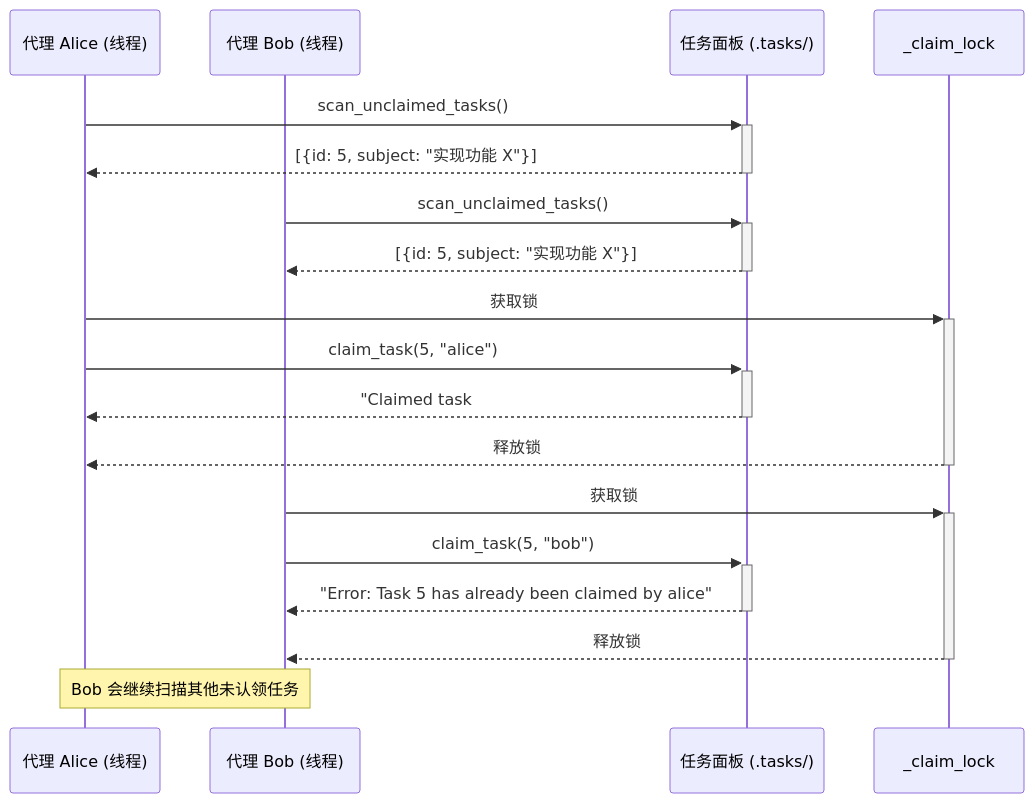
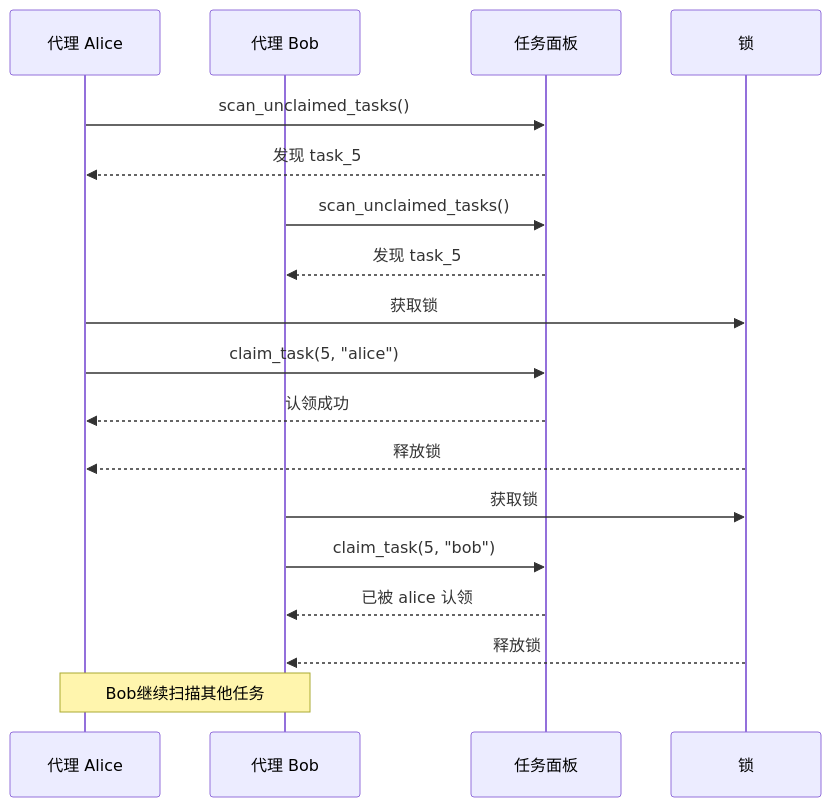
The second of 2 diagrams in mylearn/学习笔记_S11_自主代理.md (BlackFaceGuai/learn-claude-code), drawn with Mermaid before and after one commit. The commit also changed other lines of this file, not shown here.

Commit message:
docs: 简化 S11 时序图

````diff
--- a/mylearn/学习笔记_S11_自主代理.md
+++ b/mylearn/学习笔记_S11_自主代理.md
@@ -330,25 +324,25 @@
 ```mermaid
 sequenceDiagram
-    participant Alice as 代理 Alice (线程)
-    participant Bob as 代理 Bob (线程)
-    participant Tasks as 任务面板 (.tasks/)
-    participant Lock as _claim_lock
+    participant Alice as 代理 Alice
+    participant Bob as 代理 Bob
+    participant Tasks as 任务面板
+    participant Lock as 锁
 
-    Alice->>+Tasks: scan_unclaimed_tasks()
-    Tasks-->>-Alice: [{id: 5, subject: "实现功能 X"}]
+    Alice->>Tasks: scan_unclaimed_tasks()
+    Tasks-->>Alice: 发现 task_5
 
-    Bob->>+Tasks: scan_unclaimed_tasks()
-    Tasks-->>-Bob: [{id: 5, subject: "实现功能 X"}]
+    Bob->>Tasks: scan_unclaimed_tasks()
+    Tasks-->>Bob: 发现 task_5
 
-    Alice->>+Lock: 获取锁
-    Alice->>+Tasks: claim_task(5, "alice")
-    Tasks-->>-Alice: "Claimed task #5 for alice"
-    Lock-->>-Alice: 释放锁
+    Alice->>Lock: 获取锁
+    Alice->>Tasks: claim_task(5, "alice")
+    Tasks-->>Alice: 认领成功
+    Lock-->>Alice: 释放锁
 
-    Bob->>+Lock: 获取锁
-    Bob->>+Tasks: claim_task(5, "bob")
-    Tasks-->>-Bob: "Error: Task 5 has already been claimed by alice"
-    Lock-->>-Bob: 释放锁
+    Bob->>Lock: 获取锁
+    Bob->>Tasks: claim_task(5, "bob")
+    Tasks-->>Bob: 已被 alice 认领
+    Lock-->>Bob: 释放锁
 
-    Note over Alice,Bob: Bob 会继续扫描其他未认领任务
+    Note over Alice,Bob: Bob继续扫描其他任务
 ```
````
